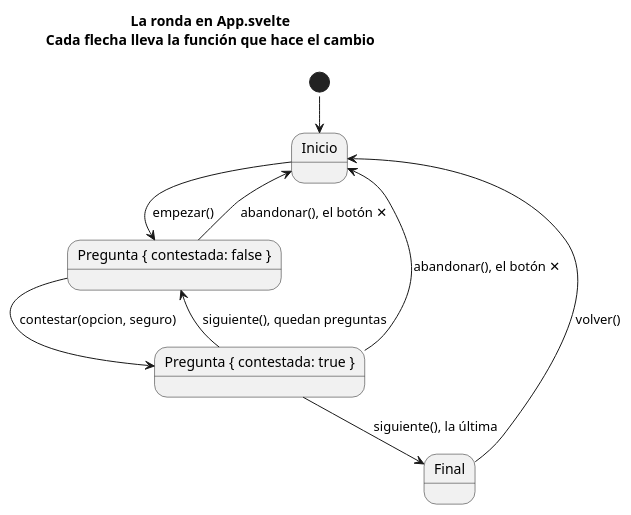
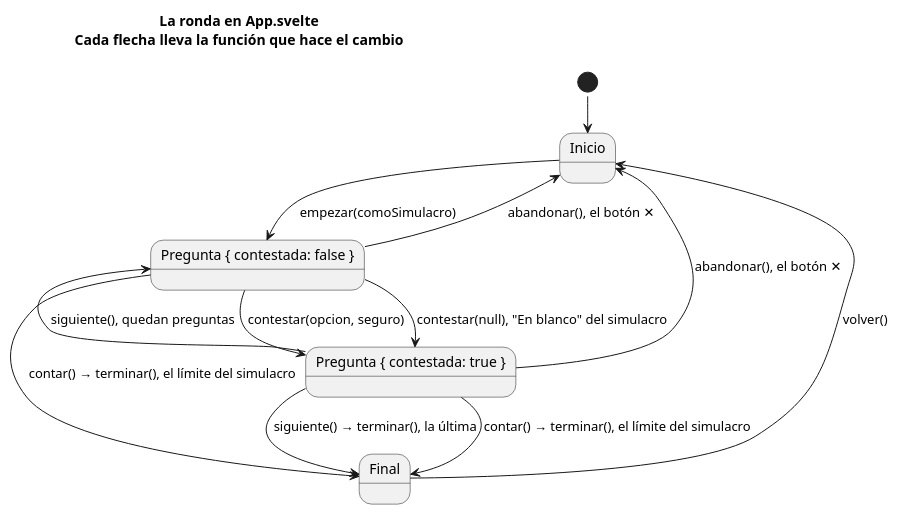
One commit to jfdg01/examenes changed the second of 4 diagrams in docs/el-diagrama.puml. Above: the diagram before and after it, drawn with PlantUML. The commit also changed other lines of this file, not shown here.

First line of the commit message:
docs: el diagrama lleva el simulacro, su cierre y su nota

```diff
--- a/docs/el-diagrama.puml
+++ b/docs/el-diagrama.puml
@@ -177,19 +223,22 @@
 @startuml la-ronda
 !pragma layout smetana
 skinparam shadowing false
 title La ronda en App.svelte\nCada flecha lleva la función que hace el cambio
 
 state Inicio
 state "Pregunta { contestada: false }" as SinContestar
 state "Pregunta { contestada: true }" as Contestada
 state Final
 
 [*] --> Inicio
-Inicio --> SinContestar : empezar()
+Inicio --> SinContestar : empezar(comoSimulacro)
 SinContestar --> Contestada : contestar(opcion, seguro)
+SinContestar --> Contestada : contestar(null), "En blanco" del simulacro
 Contestada --> SinContestar : siguiente(), quedan preguntas
-Contestada --> Final : siguiente(), la última
+Contestada --> Final : siguiente() → terminar(), la última
+SinContestar --> Final : contar() → terminar(), el límite del simulacro
+Contestada --> Final : contar() → terminar(), el límite del simulacro
 SinContestar --> Inicio : abandonar(), el botón ✕
 Contestada --> Inicio : abandonar(), el botón ✕
 Final --> Inicio : volver()
 @enduml
```
